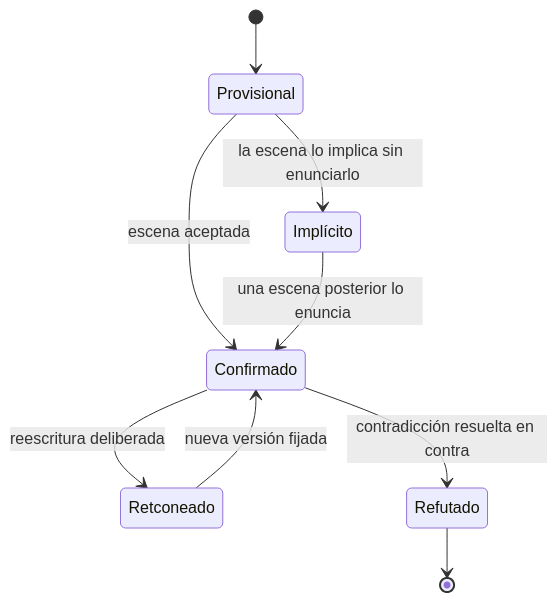
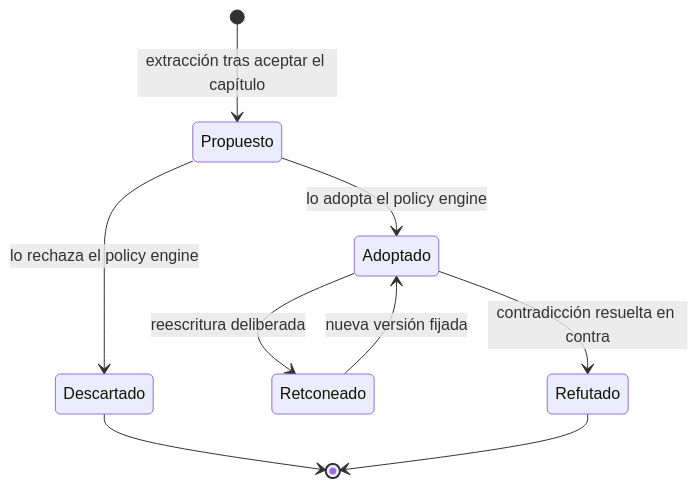
One commit to BrunoCrz3/MyStory changed the ninth of 21 diagrams in docs/domain-knowledge.md. Above: the diagram before and after it, drawn with Mermaid. The commit also changed other lines of this file and 5 other files, not shown here.

````diff
--- a/docs/domain-knowledge.md
+++ b/docs/domain-knowledge.md
@@ -212,11 +173,11 @@
 ```mermaid
 stateDiagram-v2
-  [*] --> Provisional
-  Provisional --> Confirmado: escena aceptada
-  Provisional --> Implícito: la escena lo implica sin enunciarlo
-  Implícito --> Confirmado: una escena posterior lo enuncia
-  Confirmado --> Retconeado: reescritura deliberada
-  Confirmado --> Refutado: contradicción resuelta en contra
-  Retconeado --> Confirmado: nueva versión fijada
+  [*] --> Propuesto: extracción tras aceptar el capítulo
+  Propuesto --> Adoptado: lo adopta el policy engine
+  Propuesto --> Descartado: lo rechaza el policy engine
+  Adoptado --> Retconeado: reescritura deliberada
+  Adoptado --> Refutado: contradicción resuelta en contra
+  Retconeado --> Adoptado: nueva versión fijada
+  Descartado --> [*]
   Refutado --> [*]
 ```
````
